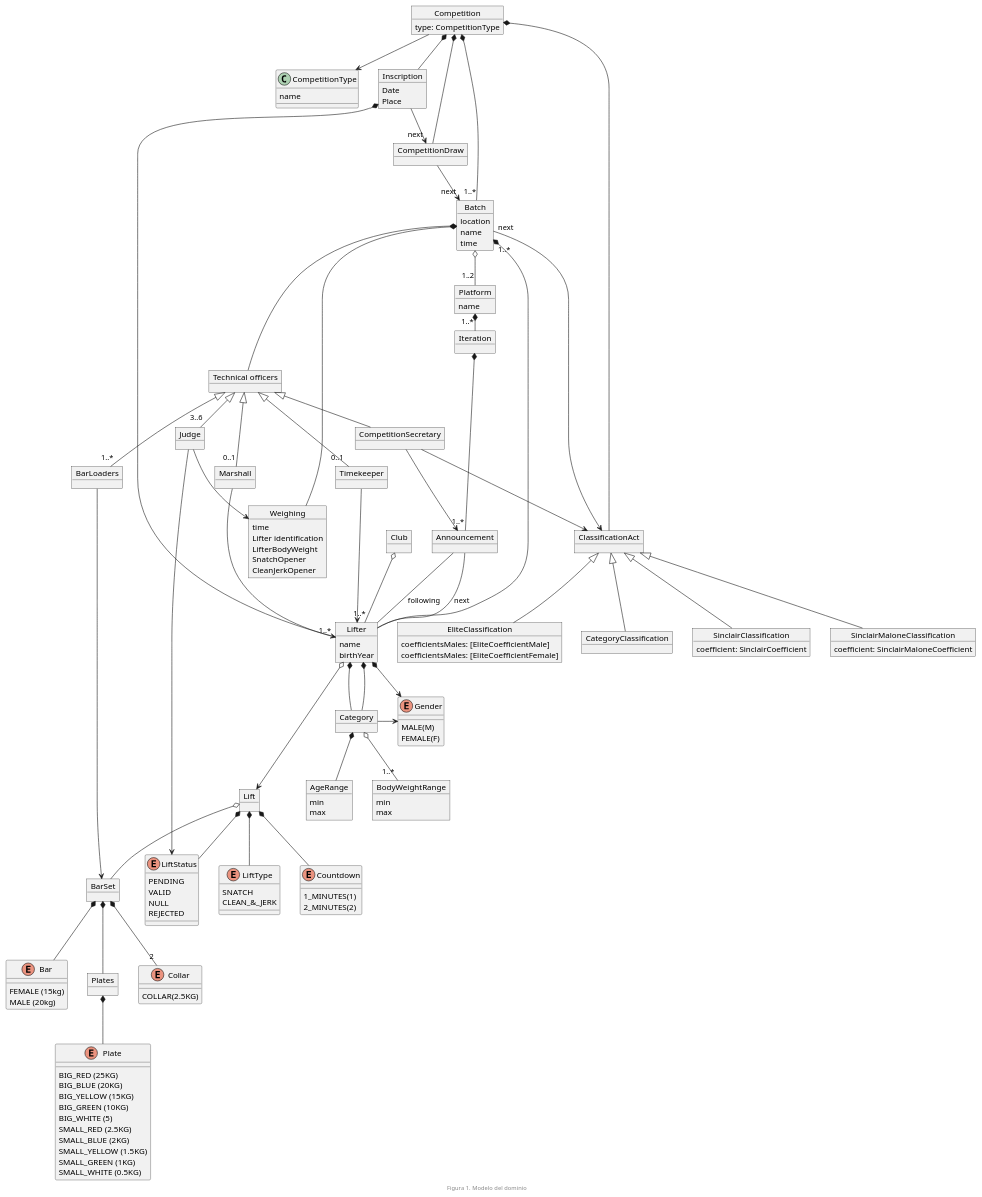
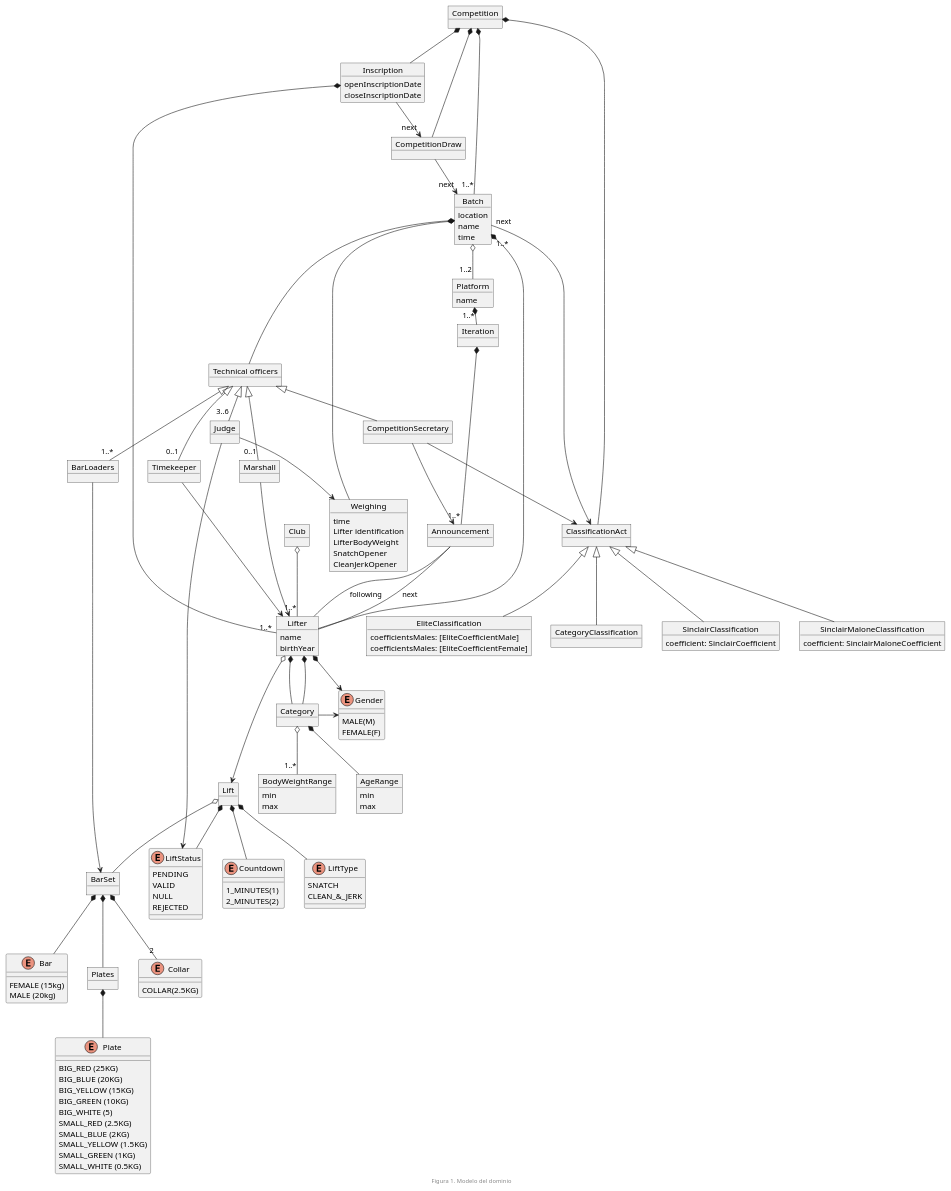
Before and after one commit to zuldare/mastercloud_pfm_halterocms: the diagram in documentation/diagrams/0_context/0_modelDomain/competitionDomainModel.puml, drawn with PlantUML. The commit also changed 1 other file, not shown here.

Commit message:
Add class diagrams

```diff
--- a/documentation/diagrams/0_context/0_modelDomain/competitionDomainModel.puml
+++ b/documentation/diagrams/0_context/0_modelDomain/competitionDomainModel.puml
@@ -1,16 +1,12 @@
 @startuml
 
 object Competition {
-   type: CompetitionType
 }
 
-class CompetitionType {
-  name
-}
 
 object "Inscription" as Inscription {
-  Date
-  Place
+  openInscriptionDate
+  closeInscriptionDate
 }
 
 object CompetitionDraw
@@ -141,7 +137,6 @@
 object "Technical officers" as TC
 
 
-Competition --> CompetitionType
 Competition *-- Inscription
 Inscription *-- "1..*" Lifter
 
```
